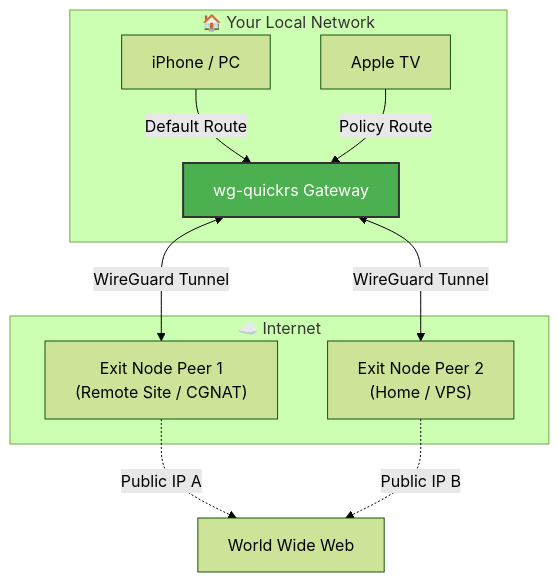
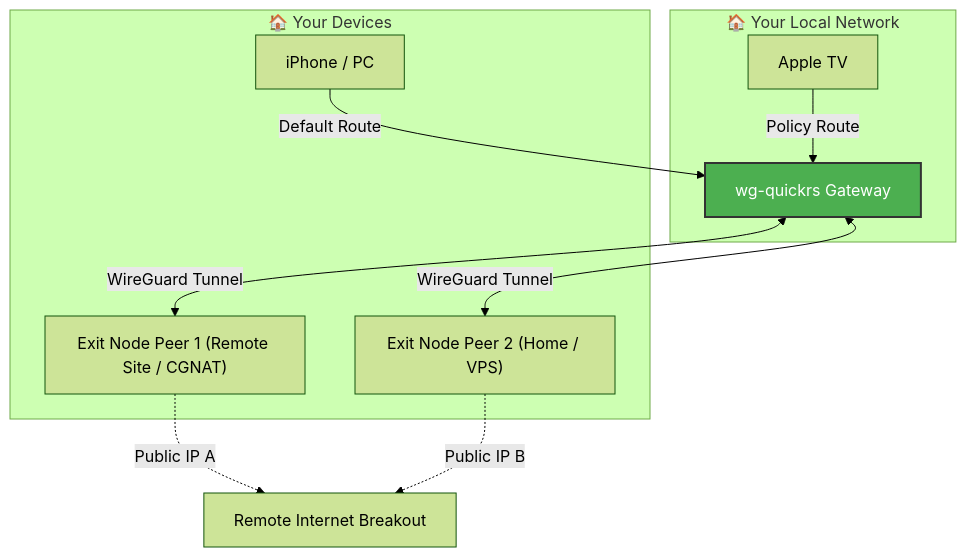
The diagram in README.md (grizzy255/wg-quickrs-router), drawn with Mermaid (forest theme) before and after one commit.

Commit message:
fix: Remove HTML tags from mermaid diagram for GitHub compatibility

````diff
--- a/README.md
+++ b/README.md
@@ -33,24 +33,28 @@
 ```mermaid
 flowchart TD
     subgraph LAN ["🏠 Your Local Network"]
-        iPhone["iPhone / PC"]
         ATV["Apple TV"]
         Gateway["wg-quickrs Gateway"]
     end
 
+    subgraph Internet ["🏠 Your Devices"]
+        iPhone["iPhone / PC"]
+        Gateway["wg-quickrs Gateway"]
+    end
+
     subgraph Internet ["☁️ Internet"]
-        Remote1["Exit Node Peer 1\n(Remote Site / CGNAT)"]
-        Remote2["Exit Node Peer 2\n(Home / VPS)"]
+        Remote1["Exit Node Peer 1 (Remote Site / CGNAT)"]
+        Remote2["Exit Node Peer 2 (Home / VPS)"]
     end
 
     iPhone -->|Default Route| Gateway
     ATV -->|Policy Route| Gateway
     
     Gateway <-->|WireGuard Tunnel| Remote1
     Gateway <-->|WireGuard Tunnel| Remote2
     
-    Remote1 -.->|Public IP A| World["World Wide Web"]
+    Remote1 -.->|Public IP A| World["Remote Internet Breakout"]
     Remote2 -.->|Public IP B| World
 
     style Gateway fill:#4CAF50,stroke:#333,stroke-width:2px,color:#fff
 ```
````
